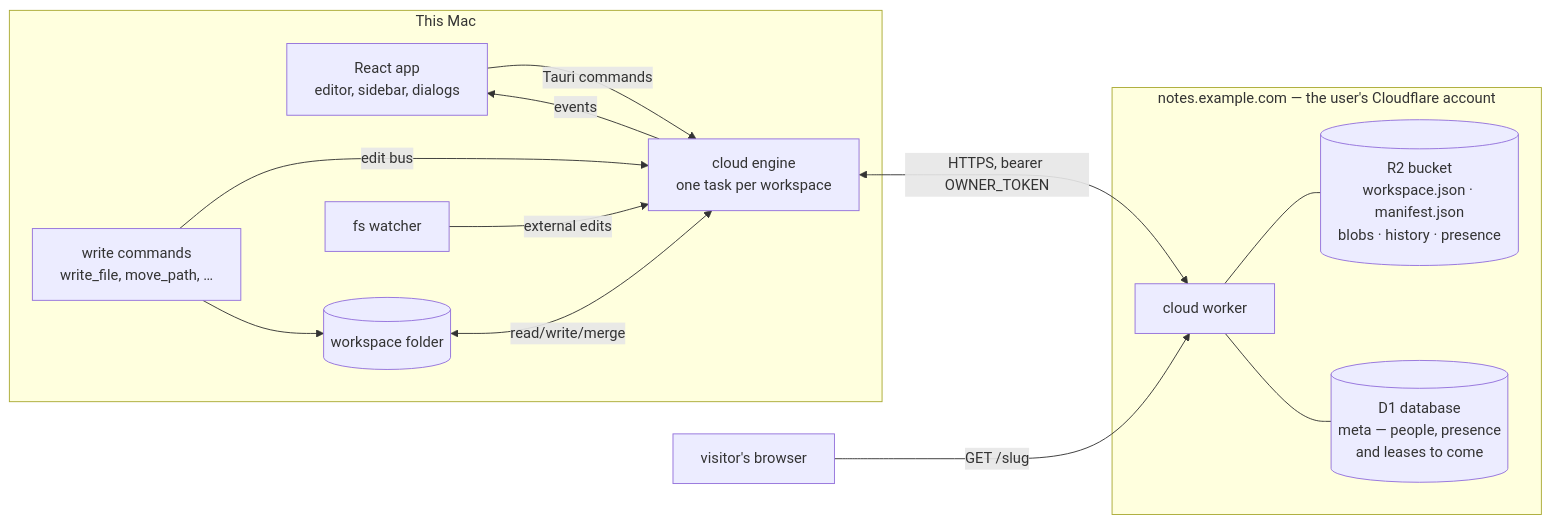
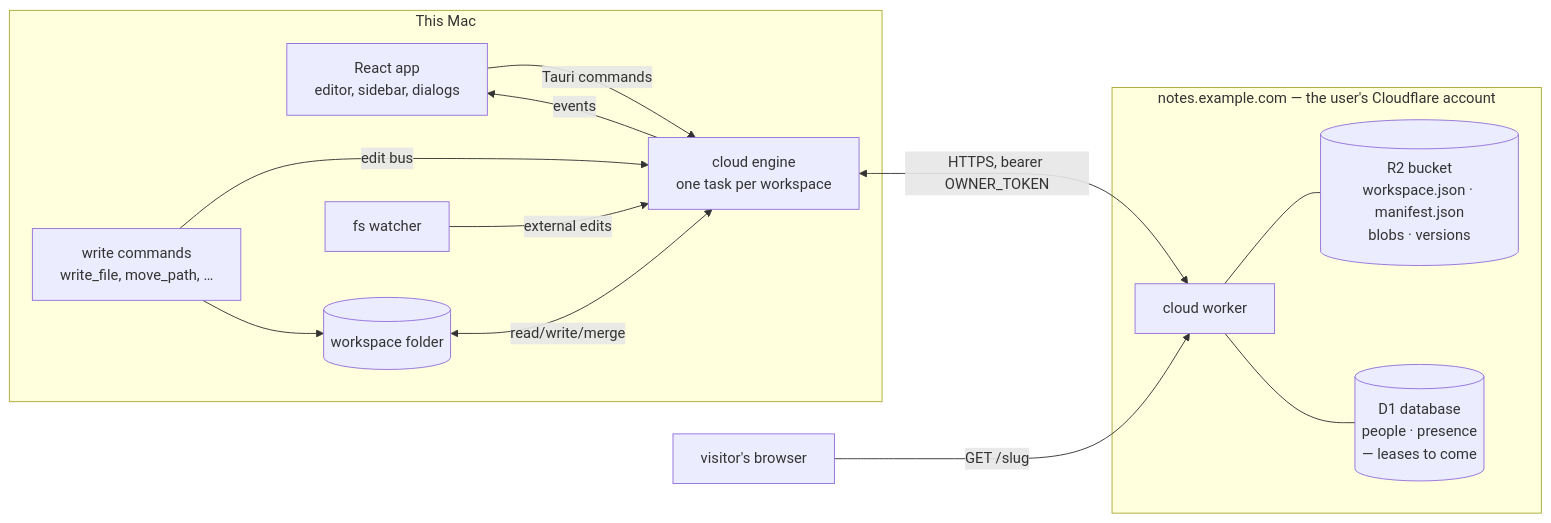
One commit to boat-builder/doklin changed the first of 3 diagrams in docs/cloud.md. Above: the diagram before and after it, drawn with Mermaid. The commit also changed other lines of this file and 20 other files, not shown here.

````diff
--- a/docs/cloud.md
+++ b/docs/cloud.md
@@ -99,17 +99,17 @@
 ```mermaid
 flowchart LR
   subgraph mac[This Mac]
     UI[React app<br/>editor, sidebar, dialogs] -- Tauri commands --> ENG
     ENG[cloud engine<br/>one task per workspace] -- events --> UI
     FS[(workspace folder)] <-- read/write/merge --> ENG
     WR[write commands<br/>write_file, move_path, …] -- edit bus --> ENG
     WR --> FS
     WATCH[fs watcher] -- external edits --> ENG
   end
   subgraph cf[notes.example.com — the user's Cloudflare account]
-    W[cloud worker] --- R2[(R2 bucket<br/>workspace.json · manifest.json<br/>blobs · history · presence)]
-    W --- D1[(D1 database<br/>meta — people, presence<br/>and leases to come)]
+    W[cloud worker] --- R2[(R2 bucket<br/>workspace.json · manifest.json<br/>blobs · versions)]
+    W --- D1[(D1 database<br/>people · presence<br/>— leases to come)]
   end
   ENG <-- HTTPS, bearer OWNER_TOKEN --> W
   V[visitor's browser] -- GET /slug --> W
 ```
````
